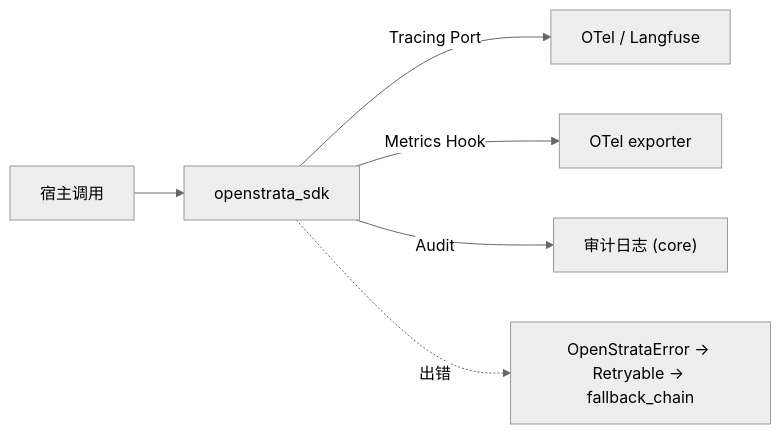
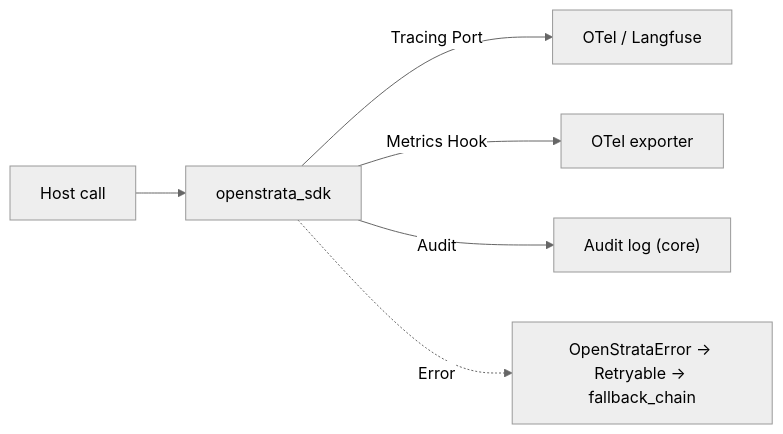
One commit to open-strata-ai/ai-sdk-python changed the fourth of 4 diagrams in design/DESIGN.md. Above: the diagram before and after it, drawn with Mermaid (neutral theme). The commit also changed other lines of this file and 11 other files, not shown here.

````diff
--- a/design/DESIGN.md
+++ b/design/DESIGN.md
@@ -422,8 +422,8 @@
 ```mermaid
 flowchart LR
-    APP["宿主调用"] --> SDK["openstrata_sdk"]
+    APP["Host call"] --> SDK["openstrata_sdk"]
     SDK -->|"Tracing Port"| OT["OTel / Langfuse"]
     SDK -->|"Metrics Hook"| MET["OTel exporter"]
-    SDK -->|"Audit"| AUD["审计日志 (core)"]
-    SDK -.->|"出错"| ERR["OpenStrataError → Retryable → fallback_chain"]
+    SDK -->|"Audit"| AUD["Audit log (core)"]
+    SDK -.->|"Error"| ERR["OpenStrataError → Retryable → fallback_chain"]
 ```
````
